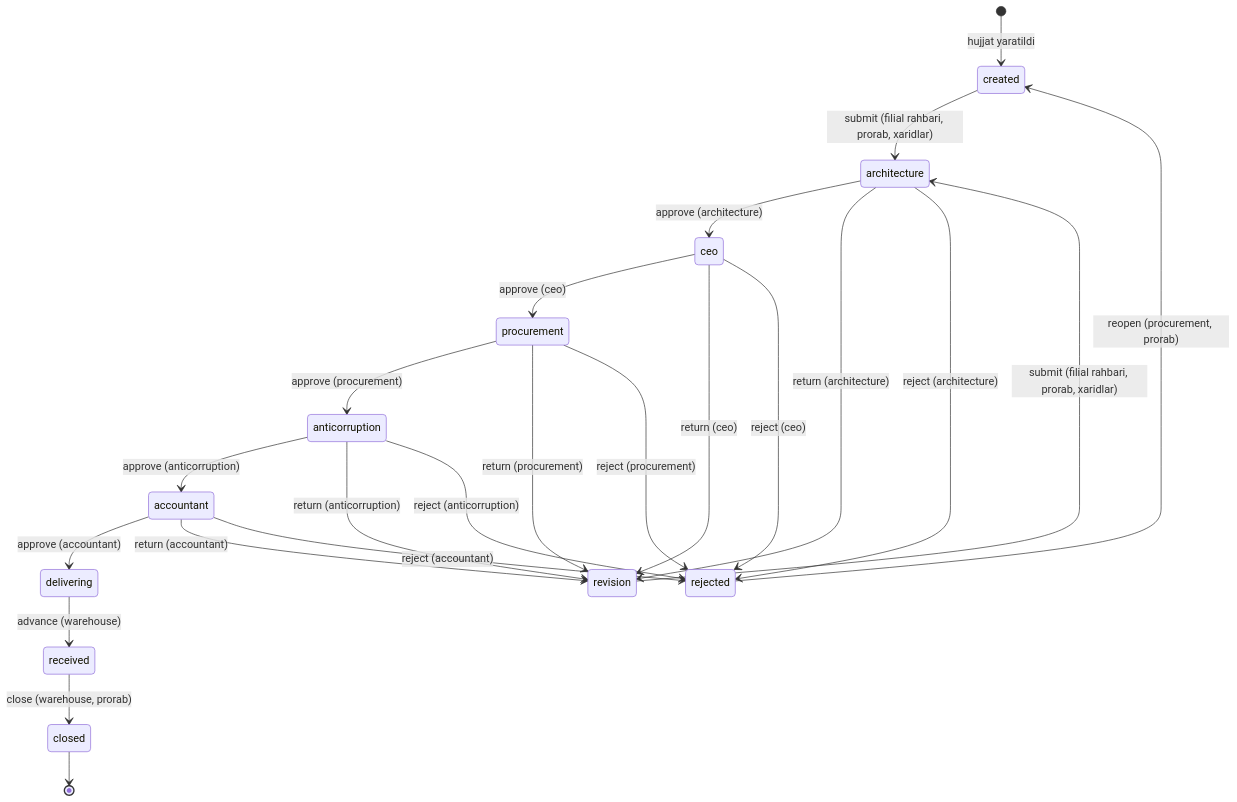
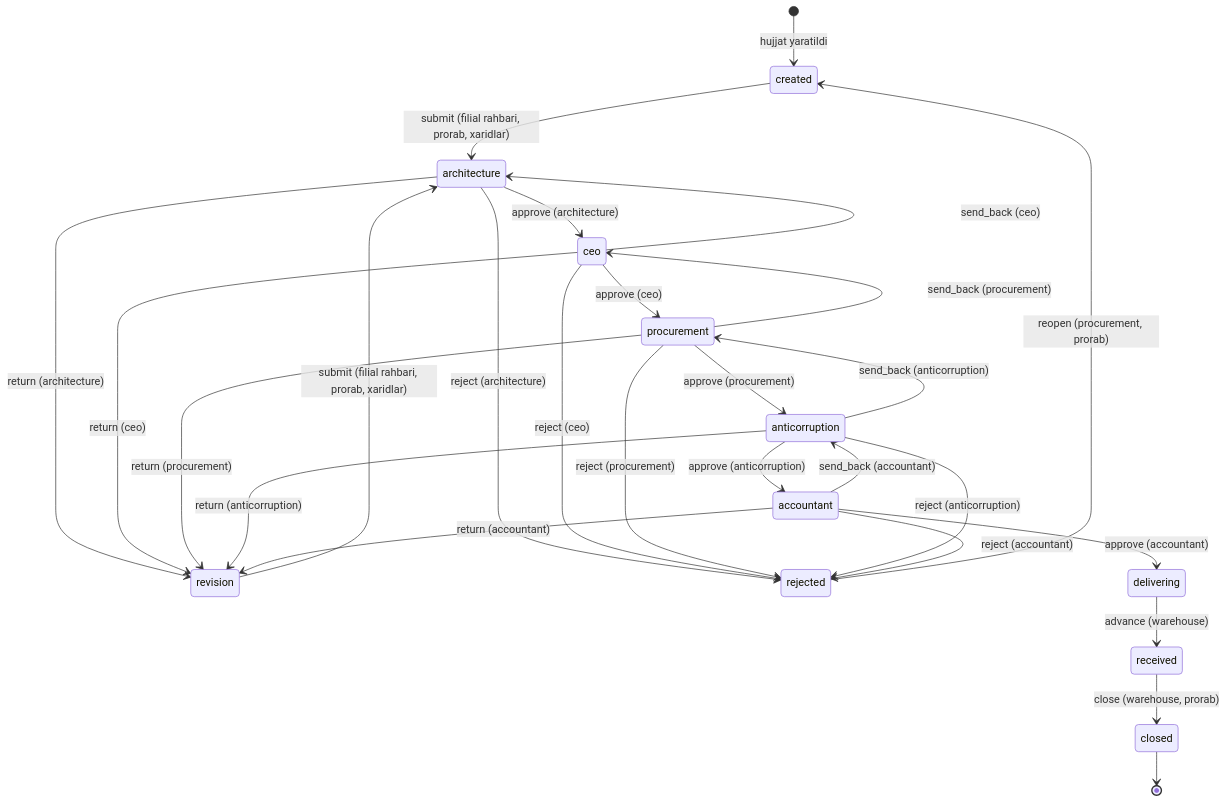
The diagram in docs/TIZIM.md (muslimbek77/e-ombor), drawn with Mermaid before and after one commit. The commit also changed other lines of this file and 10 other files, not shown here.

````diff
--- a/docs/TIZIM.md
+++ b/docs/TIZIM.md
@@ -293,25 +294,29 @@
 ```mermaid
 stateDiagram-v2
     [*] --> created: hujjat yaratildi
     created --> architecture: submit (filial rahbari, prorab, xaridlar)
     revision --> architecture: submit (filial rahbari, prorab, xaridlar)
     architecture --> ceo: approve (architecture)
     architecture --> revision: return (architecture)
     architecture --> rejected: reject (architecture)
     ceo --> procurement: approve (ceo)
     ceo --> revision: return (ceo)
     ceo --> rejected: reject (ceo)
     procurement --> anticorruption: approve (procurement)
     procurement --> revision: return (procurement)
     procurement --> rejected: reject (procurement)
     anticorruption --> accountant: approve (anticorruption)
     anticorruption --> revision: return (anticorruption)
     anticorruption --> rejected: reject (anticorruption)
     accountant --> delivering: approve (accountant)
     accountant --> revision: return (accountant)
     accountant --> rejected: reject (accountant)
+    ceo --> architecture: send_back (ceo)
+    procurement --> ceo: send_back (procurement)
+    anticorruption --> procurement: send_back (anticorruption)
+    accountant --> anticorruption: send_back (accountant)
     delivering --> received: advance (warehouse)
     received --> closed: close (warehouse, prorab)
     rejected --> created: reopen (procurement, prorab)
     closed --> [*]
 ```
````
